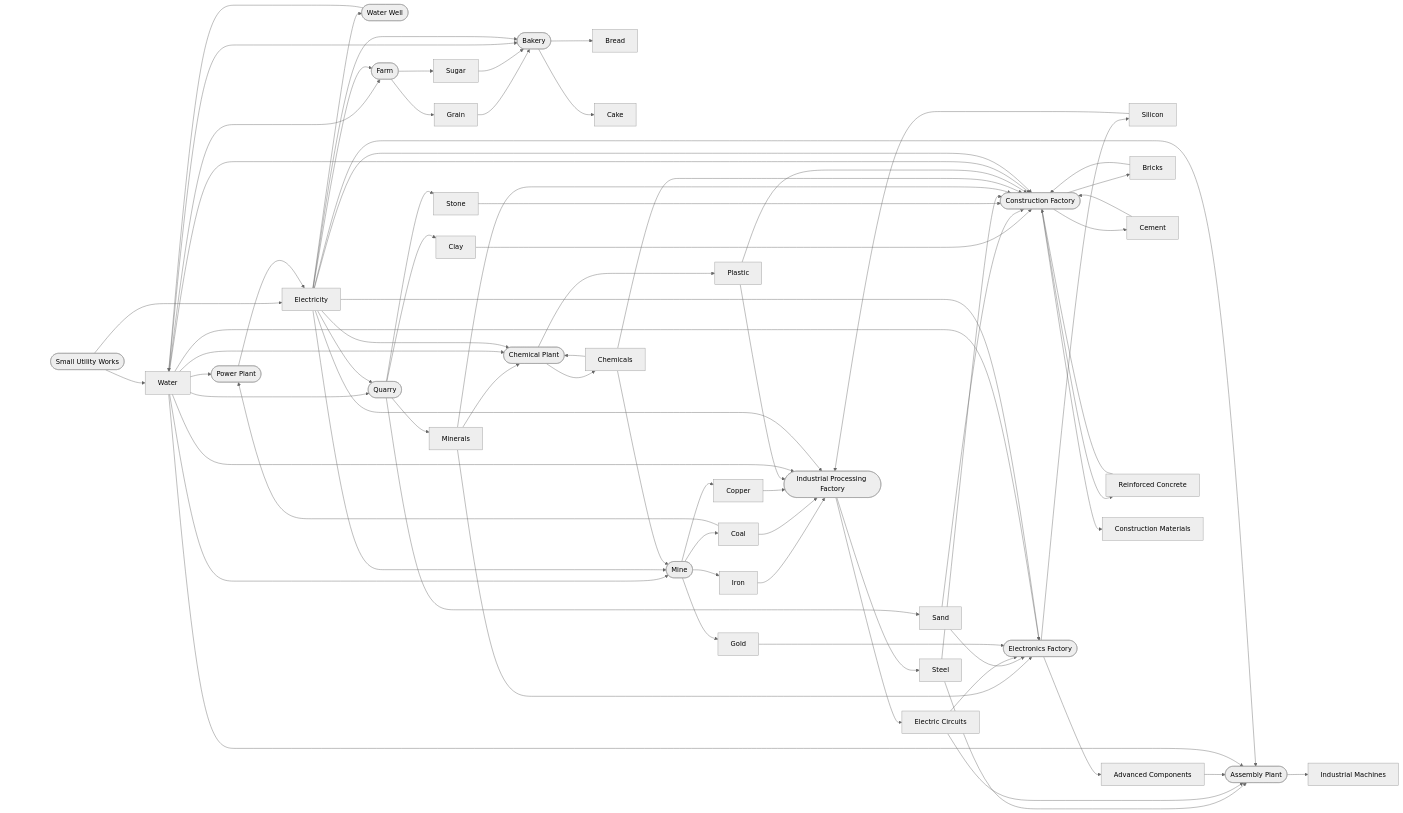
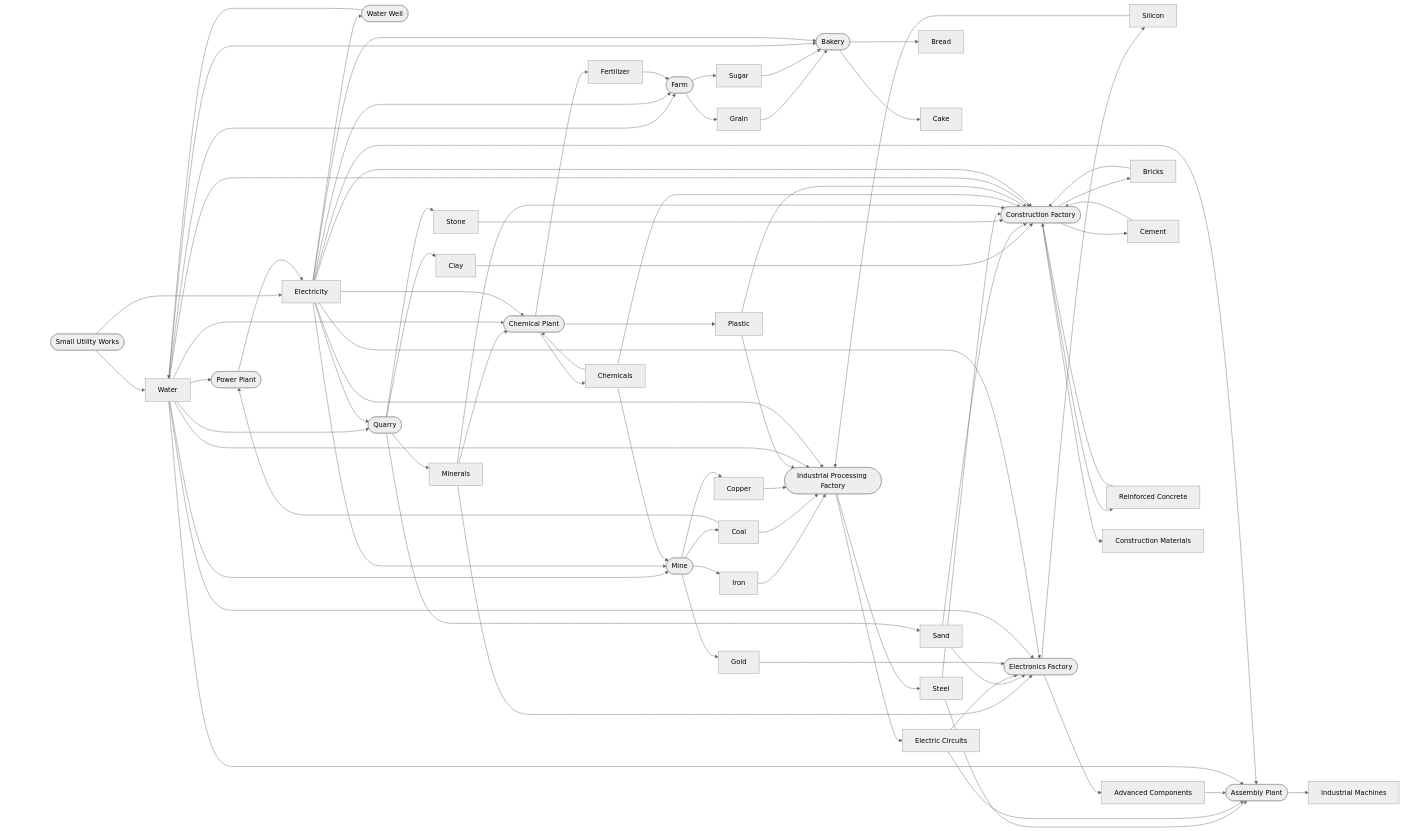
The second of 2 diagrams in docs/WorkingDocs/VariableRelationshipMap.md (gram12321/industriClicker), drawn with Mermaid (neutral theme) before and after one commit. The commit also changed other lines of this file and 15 other files, not shown here.

```diff
--- a/docs/WorkingDocs/VariableRelationshipMap.md
+++ b/docs/WorkingDocs/VariableRelationshipMap.md
@@ -212,6 +220,7 @@
 
   water --> farm
   electricity --> farm
+  fertilizer --> farm
   farm --> grain[Grain]
   farm --> sugar[Sugar]
   grain --> bakery
@@ -251,6 +260,7 @@
   electricity --> chemical
   chemical --> chemicals[Chemicals]
   chemicals --> chemical
+  chemical --> fertilizer[Fertilizer]
   chemical --> plastic[Plastic]
 
   minerals --> electronics
```
